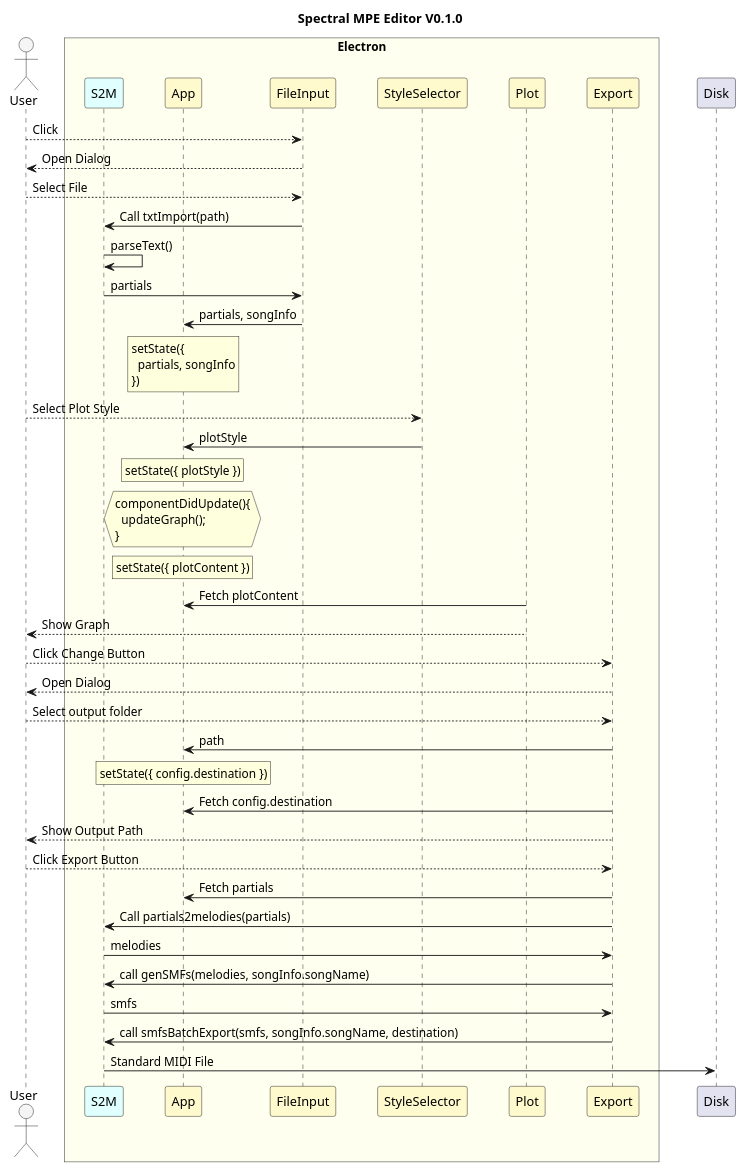
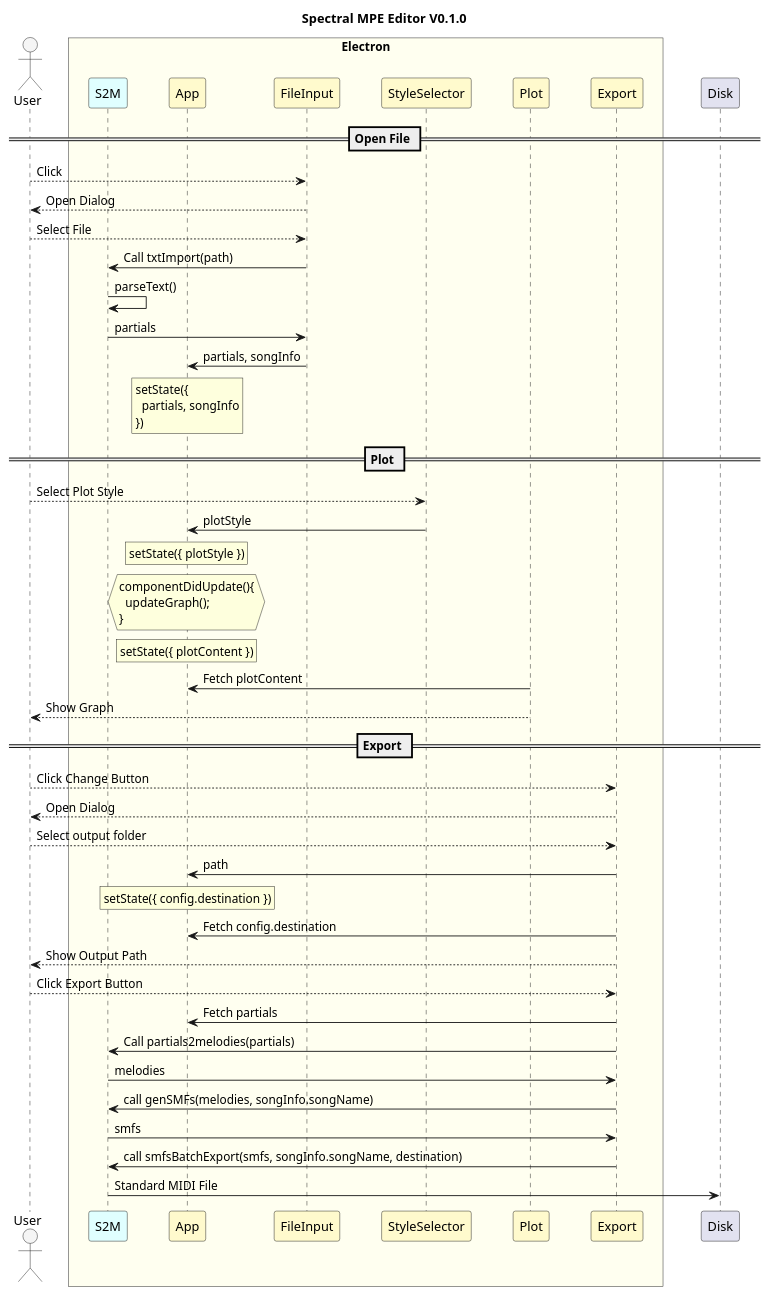
Before and after one commit to szk2s/spectral-lab: the diagram in docs/diagram_v0.1.0.wsd, drawn with PlantUML. The commit also changed 1 other file, not shown here.

```diff
--- a/docs/diagram_v0.1.0.wsd
+++ b/docs/diagram_v0.1.0.wsd
@@ -2,69 +2,73 @@
 @startuml
 Title Spectral MPE Editor V0.1.0
 
 skinparam ParticipantPadding 18
 skinparam BoxPadding 18
 skinparam SequenceTitleFontSize 24
 skinparam SequenceBoxFontSize 24
 skinparam SequenceBoxFontStyle italic
 
 actor "User" #WhiteSmoke
 
 box "Electron" #Ivory
 participant S2M #LightCyan
 participant App #LemonChiffon
 participant FileInput #LemonChiffon
 participant StyleSelector #LemonChiffon
 participant Plot #LemonChiffon
 participant Export #LemonChiffon
 end box
 
 participant Disk
 
+== Open File ==
 User --> FileInput: Click
 FileInput --> User: Open Dialog
 User --> FileInput: Select File
 FileInput -> S2M: Call txtImport(path)
 S2M -> S2M: parseText()
 S2M -> FileInput: partials
 FileInput -> App: partials, songInfo
 rnote over App
 setState({
   partials, songInfo
 })
 end note
 
+== Plot ==
 User --> StyleSelector: Select Plot Style
 StyleSelector -> App: plotStyle
 rnote over App
 setState({ plotStyle })
 end note
 hnote over App
 componentDidUpdate(){
   updateGraph();
 }
 end note
 rnote over App
 setState({ plotContent })
 end note
 Plot -> App: Fetch plotContent
 Plot --> User: Show Graph
+
+== Export ==
 User --> Export: Click Change Button
 Export --> User: Open Dialog
 User --> Export: Select output folder
 Export -> App: path
 rnote over App
 setState({ config.destination })
 end note
 Export -> App: Fetch config.destination
 Export --> User: Show Output Path
 User --> Export: Click Export Button
 Export -> App: Fetch partials
 Export -> S2M: Call partials2melodies(partials)
 S2M -> Export: melodies
 Export -> S2M: call genSMFs(melodies, songInfo.songName)
 S2M -> Export: smfs
 Export -> S2M: call smfsBatchExport(smfs, songInfo.songName, destination)
 S2M -> Disk: Standard MIDI File
 
 @enduml
```
